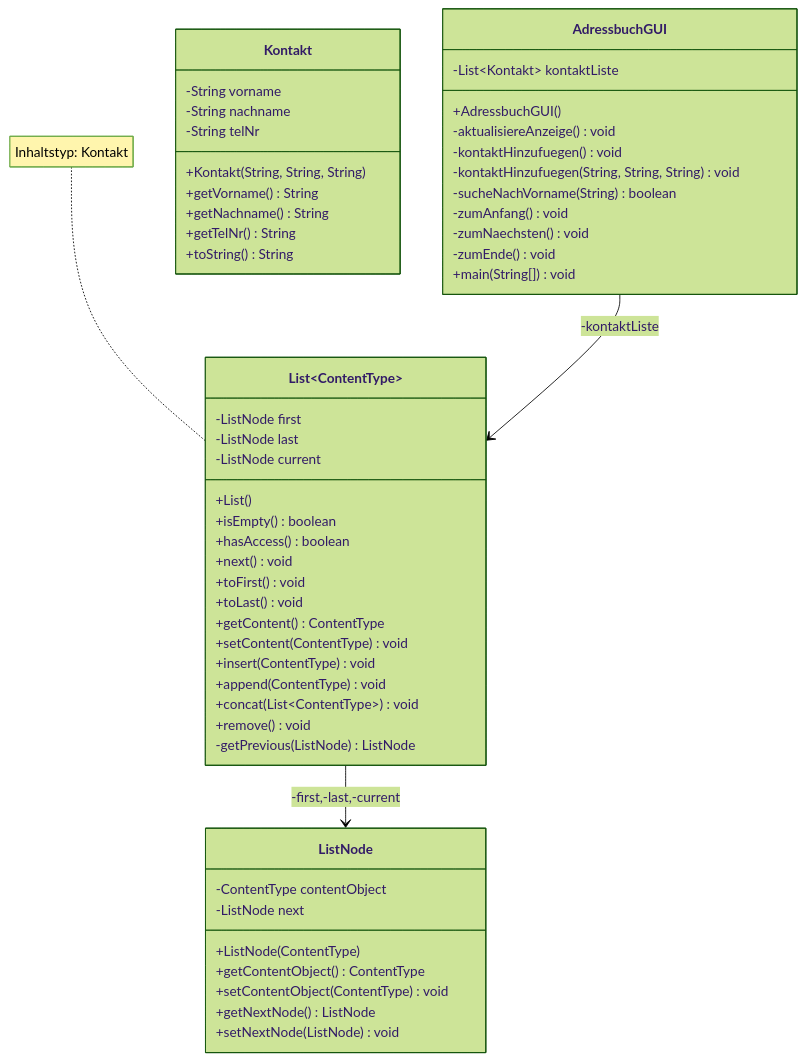
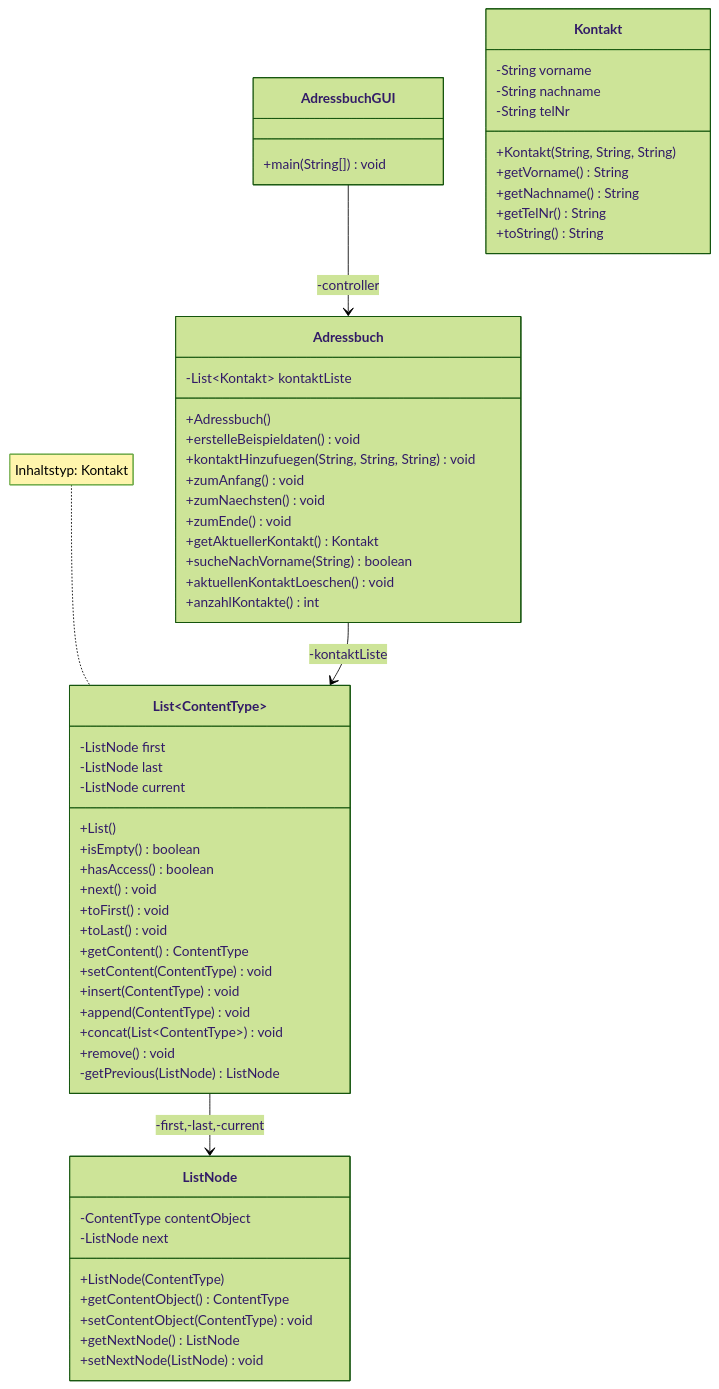
Before and after one commit to Gal4kk/fachseminar: the diagram in adressbuch/README.md, drawn with Mermaid (forest theme). The commit also changed 4 other files, not shown here.

````diff
--- a/adressbuch/README.md
+++ b/adressbuch/README.md
@@ -3,60 +3,70 @@
 ```mermaid
+
+
+
 classDiagram
+    class Adressbuch {
+        -List~Kontakt~ kontaktListe
+        +Adressbuch()
+        +erstelleBeispieldaten() void
+        +kontaktHinzufuegen(String, String, String) void
+        +zumAnfang() void
+        +zumNaechsten() void
+        +zumEnde() void
+        +getAktuellerKontakt() Kontakt
+        +sucheNachVorname(String) boolean
+        +aktuellenKontaktLoeschen() void
+        +anzahlKontakte() int
+    }
+
     class AdressbuchGUI {
-        -List~Kontakt~ kontaktListe
-        +AdressbuchGUI()
-        -aktualisiereAnzeige() void
-        -kontaktHinzufuegen() void
-        -kontaktHinzufuegen(String, String, String) void
-        -sucheNachVorname(String) boolean
-        -zumAnfang() void
-        -zumNaechsten() void
-        -zumEnde() void
         +main(String[]) void
     }
 
     class Kontakt {
         -String vorname
         -String nachname
         -String telNr
         +Kontakt(String, String, String)
         +getVorname() String
         +getNachname() String
         +getTelNr() String
         +toString() String
     }
 
     class List~ContentType~ {
         -ListNode first
         -ListNode last
         -ListNode current
         +List()
         +isEmpty() boolean
         +hasAccess() boolean
         +next() void
         +toFirst() void
         +toLast() void
         +getContent() ContentType
         +setContent(ContentType) void
         +insert(ContentType) void
         +append(ContentType) void
         +concat(List~ContentType~) void
         +remove() void
         -getPrevious(ListNode) ListNode
     }
 
     class ListNode {
         -ContentType contentObject
         -ListNode next
         +ListNode(ContentType)
         +getContentObject() ContentType
         +setContentObject(ContentType) void
         +getNextNode() ListNode
         +setNextNode(ListNode) void
     }
 
-    AdressbuchGUI --> List~Kontakt~ : -kontaktListe
-    List~ContentType~ --> ListNode:  -first,-last,-current
+    AdressbuchGUI --> Adressbuch : -controller
+    Adressbuch --> List~Kontakt~ : -kontaktListe
+    List~ContentType~ --> ListNode : -first,-last,-current
 
     note for List "Inhaltstyp: Kontakt"
+
 ```
````
